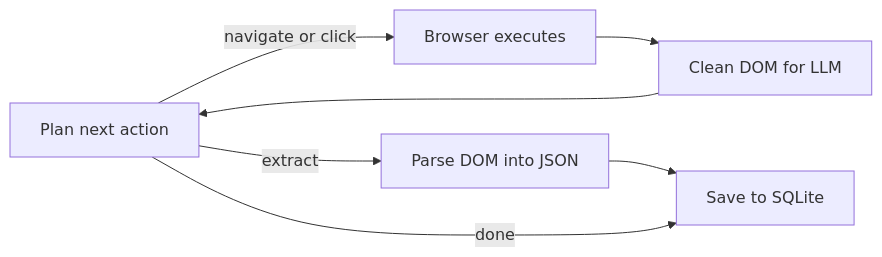
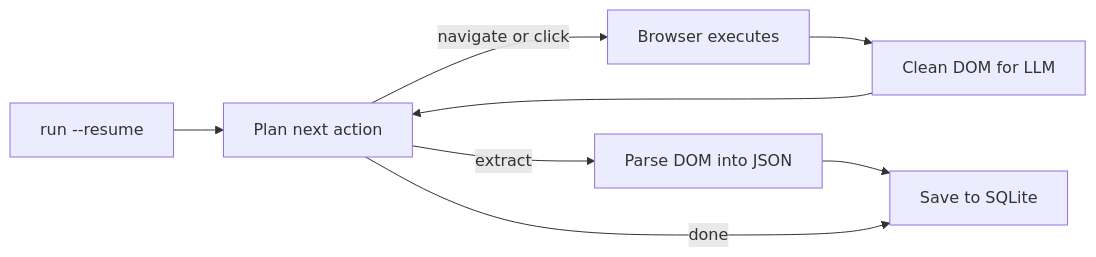
The diagram in README.md (EmanueleTorrisi/verboisy), drawn with Mermaid before and after one commit. The commit also changed other lines of this file and 2 other files, not shown here.

````diff
--- a/README.md
+++ b/README.md
@@ -116,9 +177,10 @@
 ```mermaid
 flowchart LR
+    F[run --resume] --> A
     A[Plan next action] -->|navigate or click| B[Browser executes]
     A -->|extract| C[Parse DOM into JSON]
     B --> D[Clean DOM for LLM]
     D --> A
     C --> E[Save to SQLite]
     A -->|done| E
 ```
````
